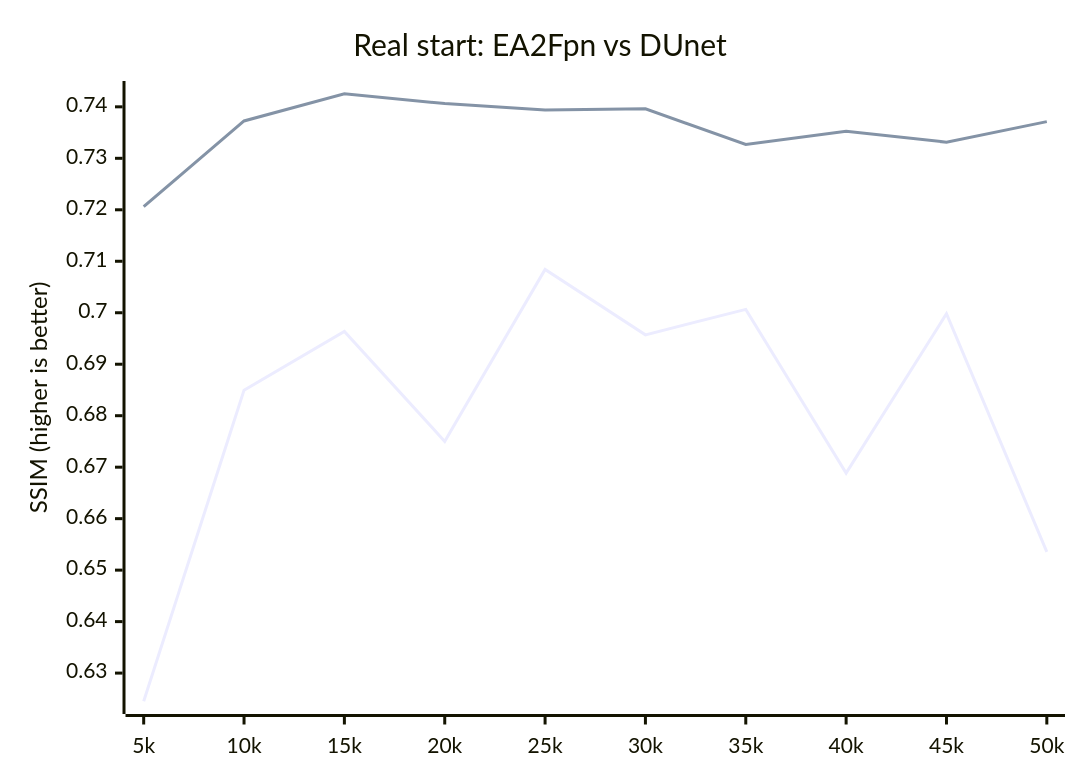
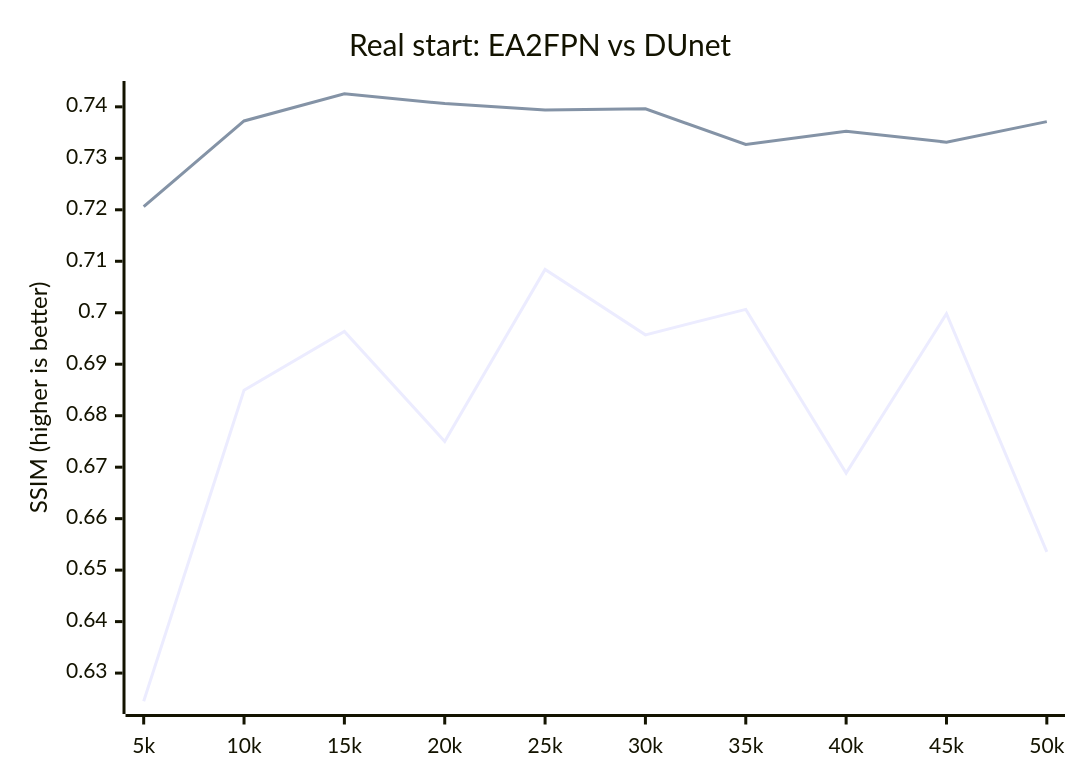
One commit to umzi2/DUnet changed the second of 2 diagrams in readme.md. Above: the diagram before and after it, drawn with Mermaid. The commit also changed other lines of this file and 4 other files, not shown here.

````diff
--- a/readme.md
+++ b/readme.md
@@ -15,9 +15,9 @@
 ```mermaid
 xychart-beta
-    title "Real start: EA2Fpn vs DUnet"
+    title "Real start: EA2FPN vs DUnet"
     x-axis [5k, 10k, 15k, 20k, 25k, 30k, 35k, 40k, 45k, 50k]
     y-axis "SSIM (higher is better)"
     line [0.6245308518409729, 0.6849638223648071, 0.6963799595832825, 0.6750068068504333, 0.7084226608276367, 0.6957032084465027, 0.7006552815437317, 0.6688494682312012, 0.6998009085655212, 0.6535440683364868]
     line [0.7206200361251831, 0.7372534275054932, 0.7425410747528076, 0.7406359314918518, 0.7393627762794495, 0.7396222352981567, 0.7326762080192566, 0.7352635264396667, 0.7331317067146301, 0.7371227741241455]
 
 ```
````
